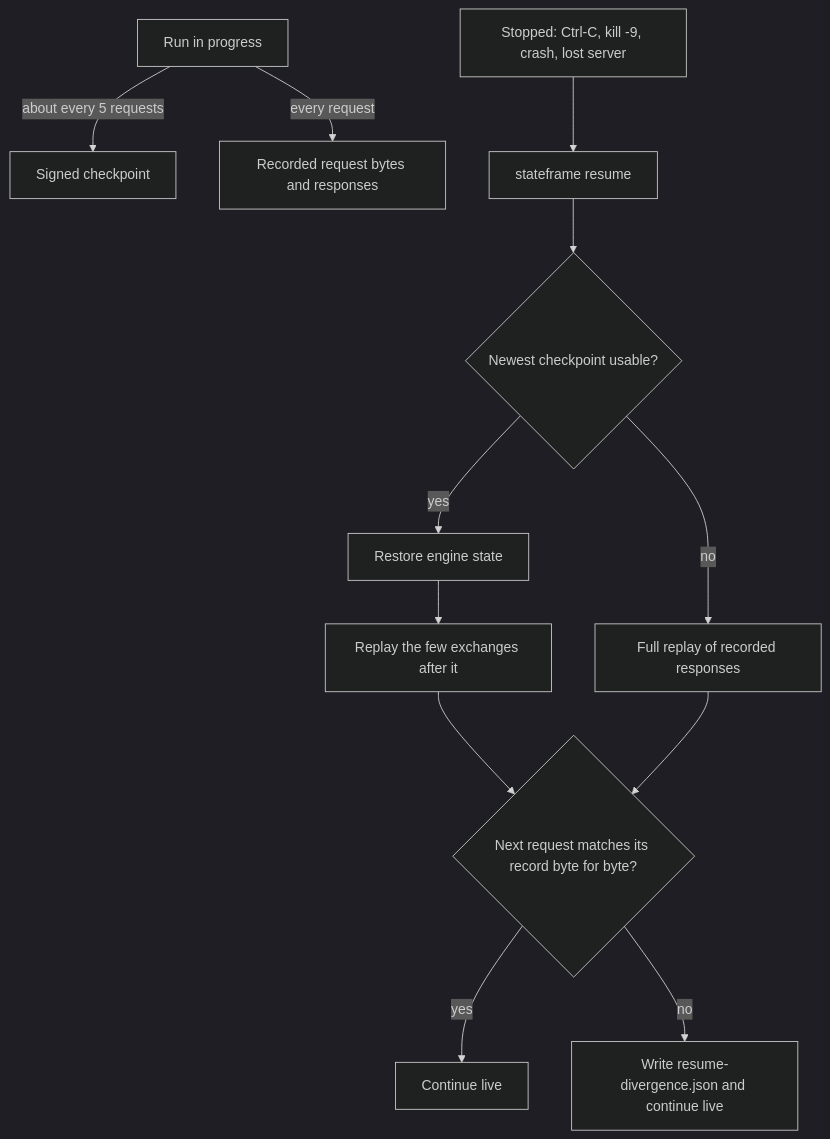
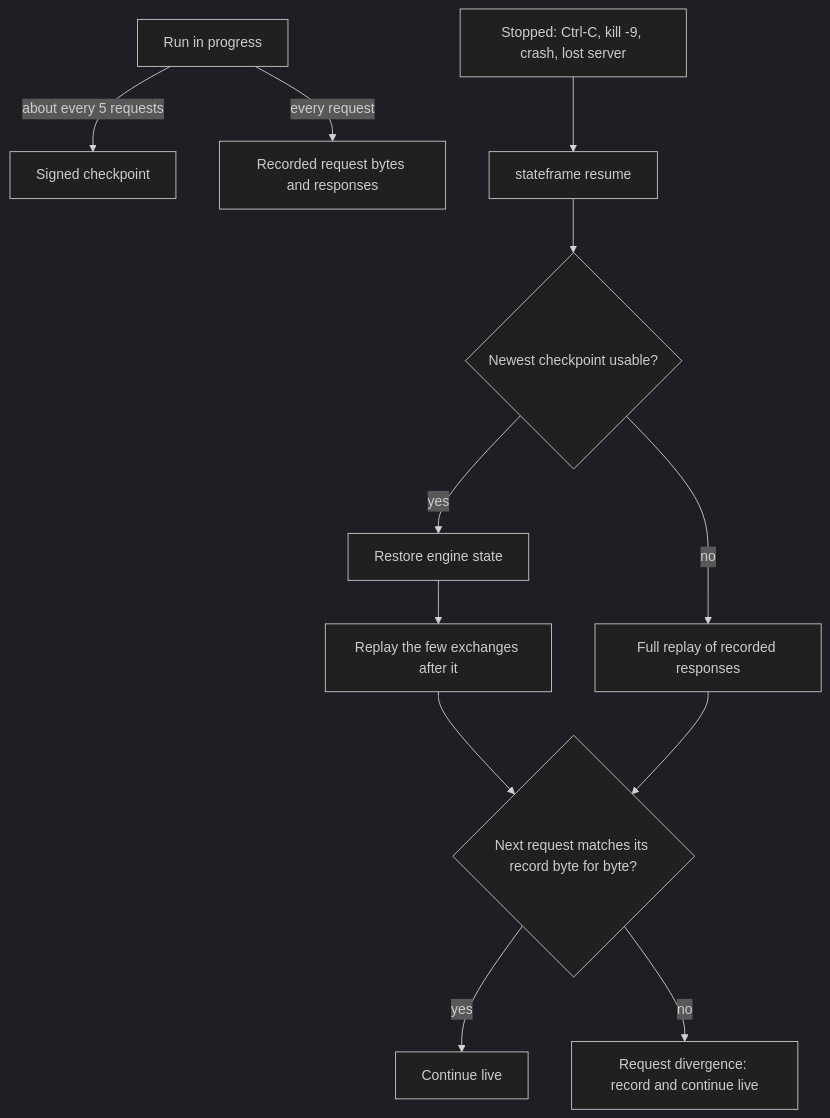
One commit to FarsideResearch/StateFrame changed the fourth of 6 diagrams in ARCHITECTURE.md. Above: the diagram before and after it, drawn with Mermaid (dark theme). The commit also changed other lines of this file and 205 other files, not shown here.

````diff
--- a/ARCHITECTURE.md
+++ b/ARCHITECTURE.md
@@ -68,14 +68,14 @@
 ```mermaid
 flowchart TB
     RUN[Run in progress] -->|about every 5 requests| CP[Signed checkpoint]
     RUN -->|every request| REC[Recorded request bytes and responses]
     X[Stopped: Ctrl-C, kill -9, crash, lost server] --> RS[stateframe resume]
     RS --> L{Newest checkpoint usable?}
     L -->|yes| LD[Restore engine state]
     LD --> RP[Replay the few exchanges after it]
     L -->|no| FULL[Full replay of recorded responses]
     RP --> CHK{Next request matches its record byte for byte?}
     FULL --> CHK
     CHK -->|yes| LIVE[Continue live]
-    CHK -->|no| DIV[Write resume-divergence.json and continue live]
+    CHK -->|no| DIV[Request divergence: record and continue live]
 ```
````
